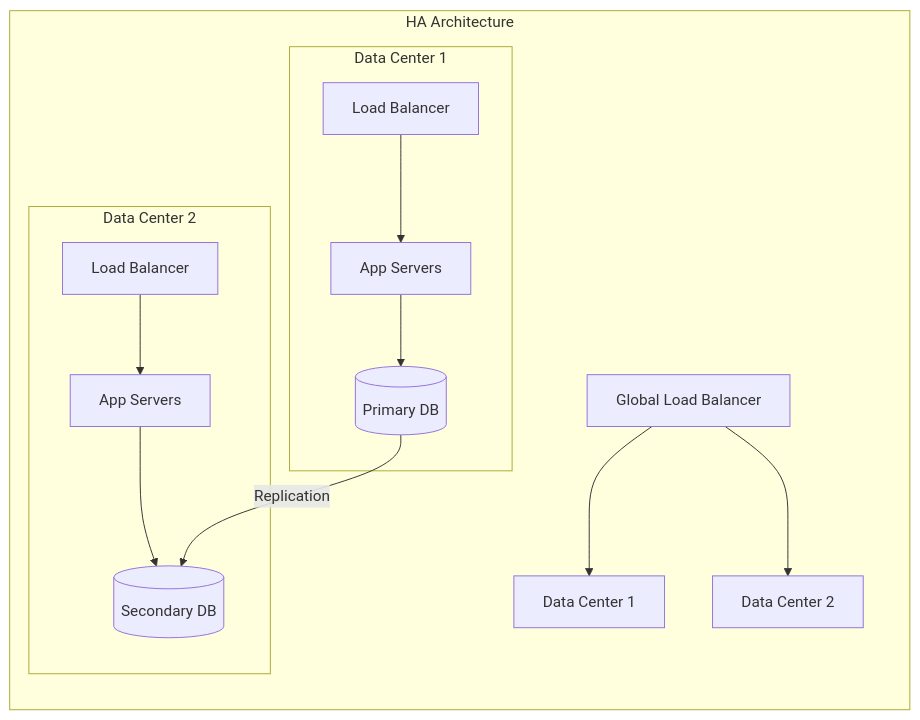
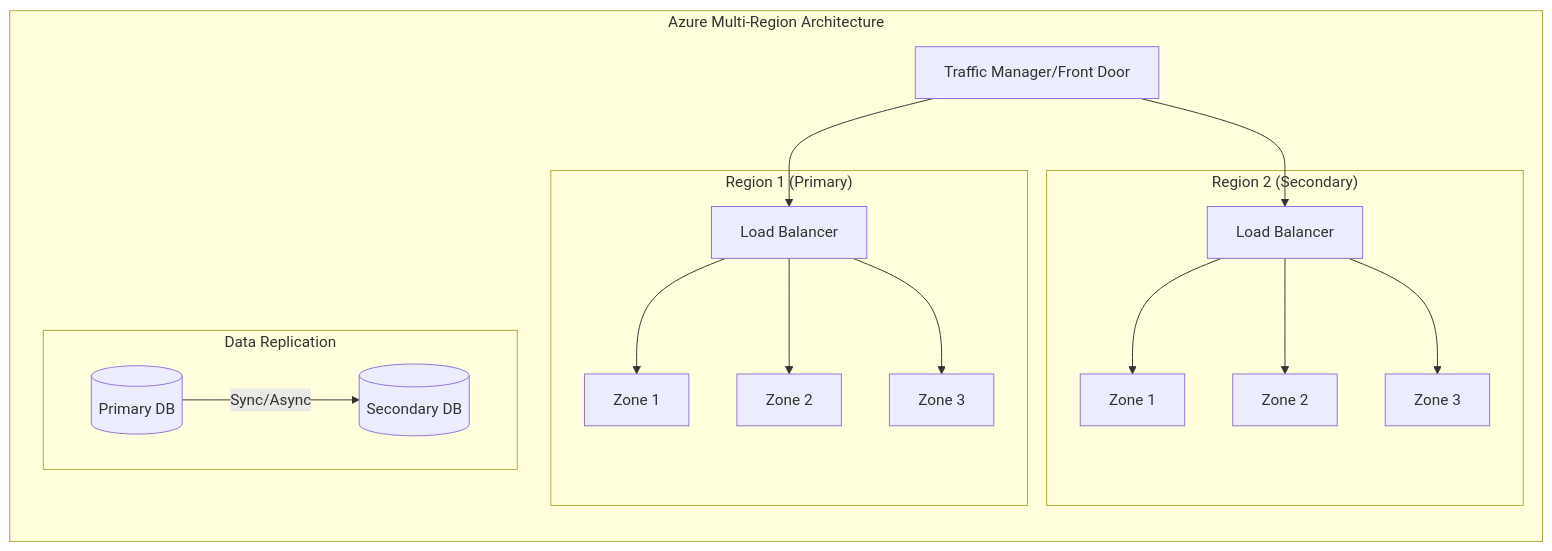
The fourth of 7 diagrams in src/High_Availability_Design.md (saravanakumarrc/Architecture_Journey), drawn with Mermaid before and after one commit. The commit also changed other lines of this file and 3 other files, not shown here.

Commit message:
Enhance documentation for High Availability Design and System Design Principles, adding detailed Azure implementation patterns, examples, and mermaid diagrams for clarity and better understanding.

````diff
--- a/src/High_Availability_Design.md
+++ b/src/High_Availability_Design.md
@@ -235,21 +418,36 @@
 ```mermaid
 graph TB
-    subgraph "HA Architecture"
+    subgraph "Azure Multi-Region Architecture"
         direction TB
+        TM[Traffic Manager/Front Door]
         
-        GLB[Global Load Balancer] --> DC1[Data Center 1]
-        GLB --> DC2[Data Center 2]
-        
-        subgraph "Data Center 1"
-            LB1[Load Balancer] --> App1[App Servers]
-            App1 --> DB1[(Primary DB)]
+        subgraph "Region 1 (Primary)"
+            LB1[Load Balancer]
+            AZ1[Zone 1]
+            AZ2[Zone 2]
+            AZ3[Zone 3]
+            LB1 --> AZ1
+            LB1 --> AZ2
+            LB1 --> AZ3
         end
         
-        subgraph "Data Center 2"
-            LB2[Load Balancer] --> App2[App Servers]
-            App2 --> DB2[(Secondary DB)]
+        subgraph "Region 2 (Secondary)"
+            LB2[Load Balancer]
+            AZ4[Zone 1]
+            AZ5[Zone 2]
+            AZ6[Zone 3]
+            LB2 --> AZ4
+            LB2 --> AZ5
+            LB2 --> AZ6
         end
         
-        DB1 -->|Replication| DB2
+        TM --> LB1
+        TM --> LB2
+        
+        subgraph "Data Replication"
+            DB1[(Primary DB)]
+            DB2[(Secondary DB)]
+            DB1 -->|Sync/Async| DB2
+        end
     end
 ```
````
